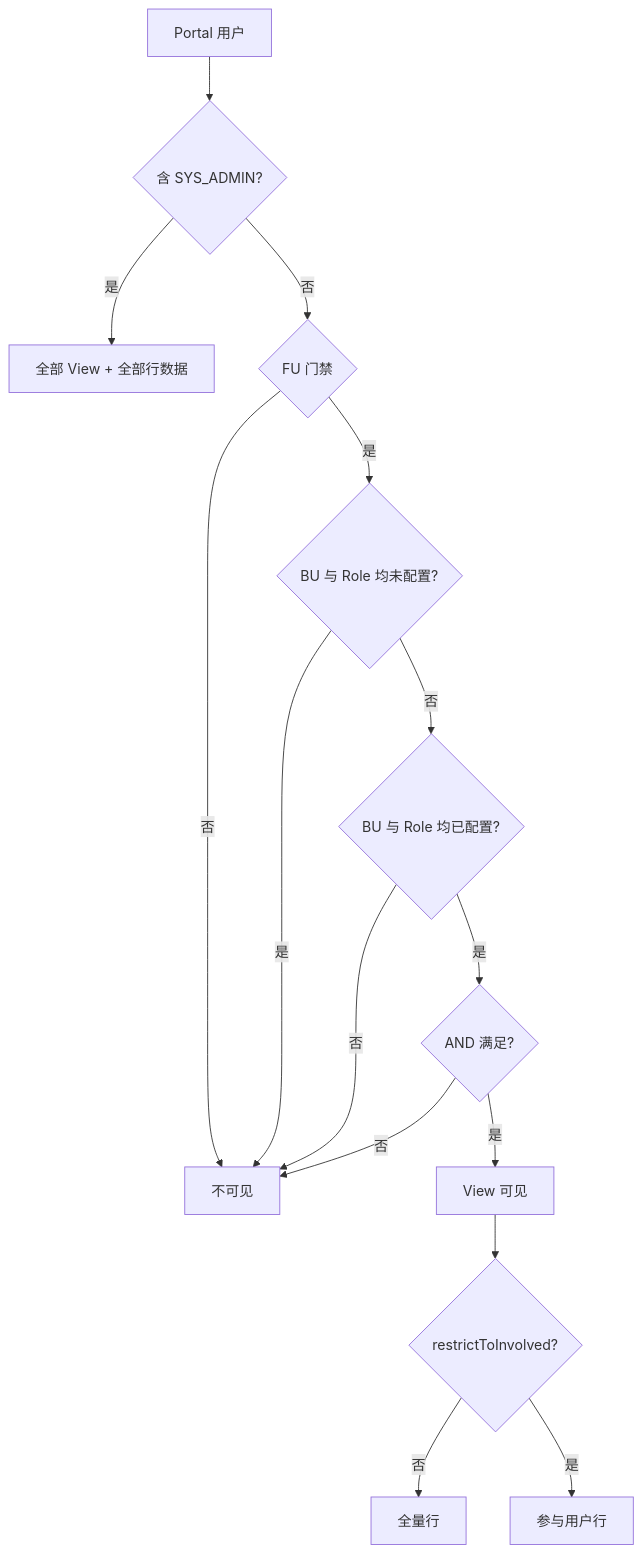
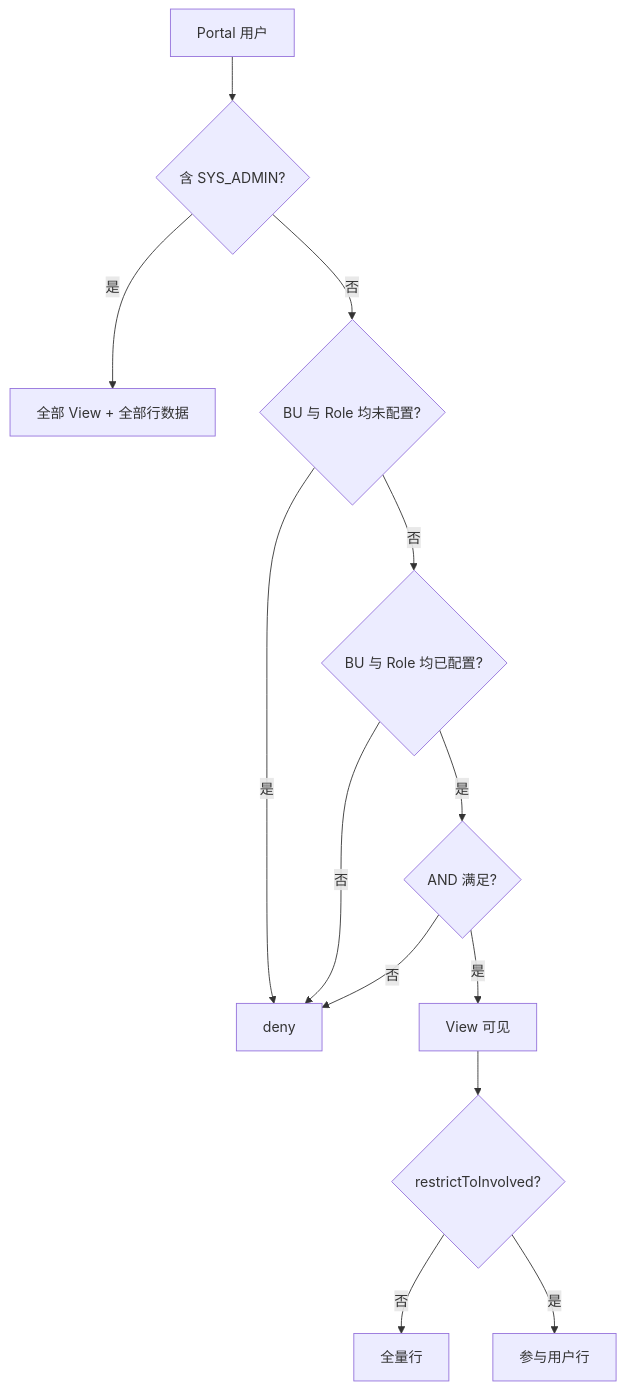
The diagram in .cursor/skills/view-access-control/SKILL.md (bigballgis/Workflow-Station---sun), drawn with Mermaid before and after one commit. The commit also changed other lines of this file and 106 other files, not shown here.

````diff
--- a/.cursor/skills/view-access-control/SKILL.md
+++ b/.cursor/skills/view-access-control/SKILL.md
@@ -67,17 +92,15 @@
 ```mermaid
 flowchart TD
   user[Portal 用户] --> sysAdmin{含 SYS_ADMIN?}
   sysAdmin -->|是| allViews[全部 View + 全部行数据]
-  sysAdmin -->|否| fuGate{FU 门禁}
-  fuGate -->|否| deny[不可见]
-  fuGate -->|是| rules{BU 与 Role 均未配置?}
+  sysAdmin -->|否| rules{BU 与 Role 均未配置?}
   rules -->|是| deny
   rules -->|否| paired{BU 与 Role 均已配置?}
   paired -->|否| deny
   paired -->|是| andCheck{AND 满足?}
   andCheck -->|否| deny
   andCheck -->|是| viewList[View 可见]
   viewList --> dataFlag{restrictToInvolved?}
   dataFlag -->|否| allRows[全量行]
   dataFlag -->|是| involved[参与用户行]
 ```
````
